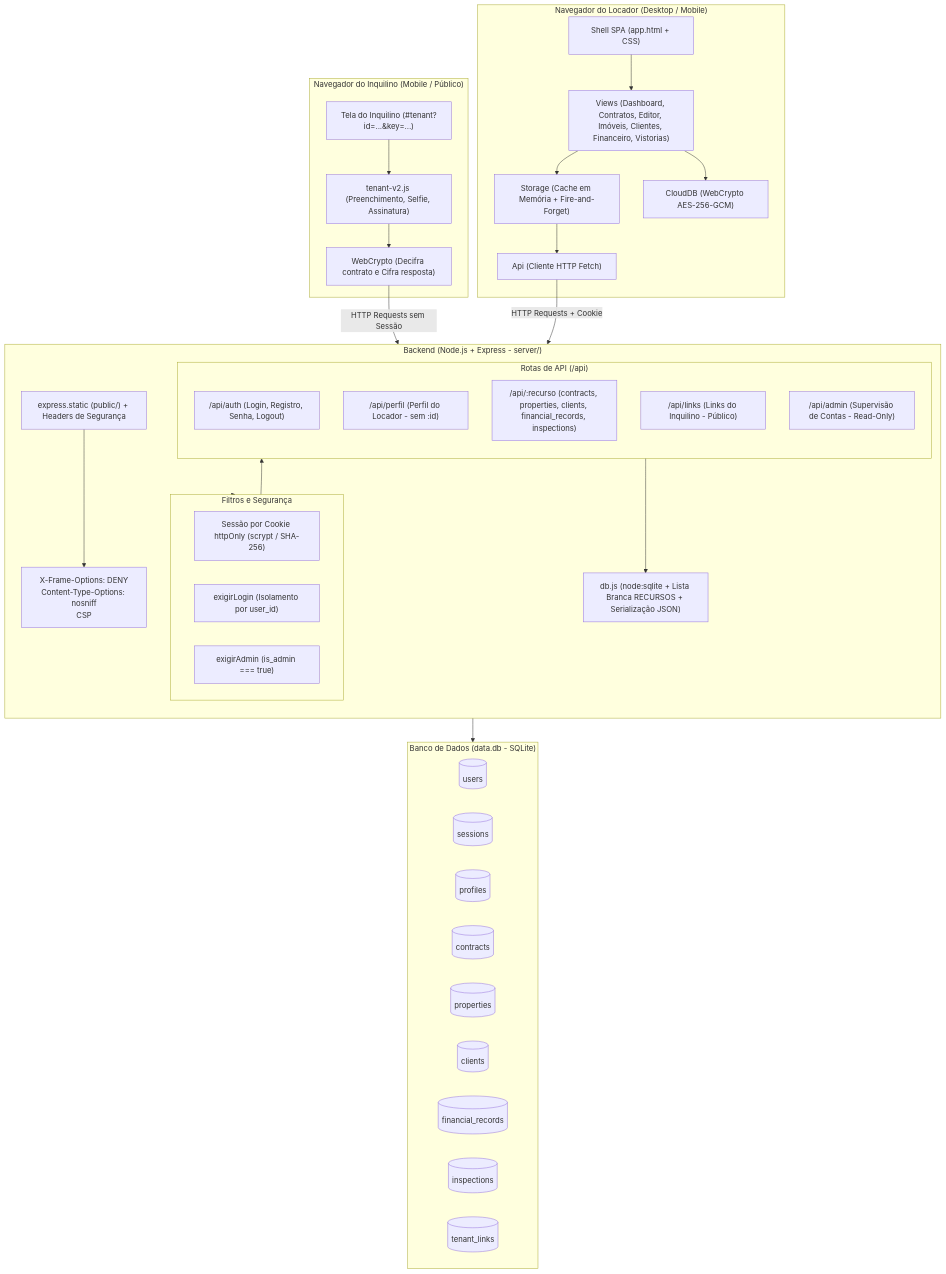
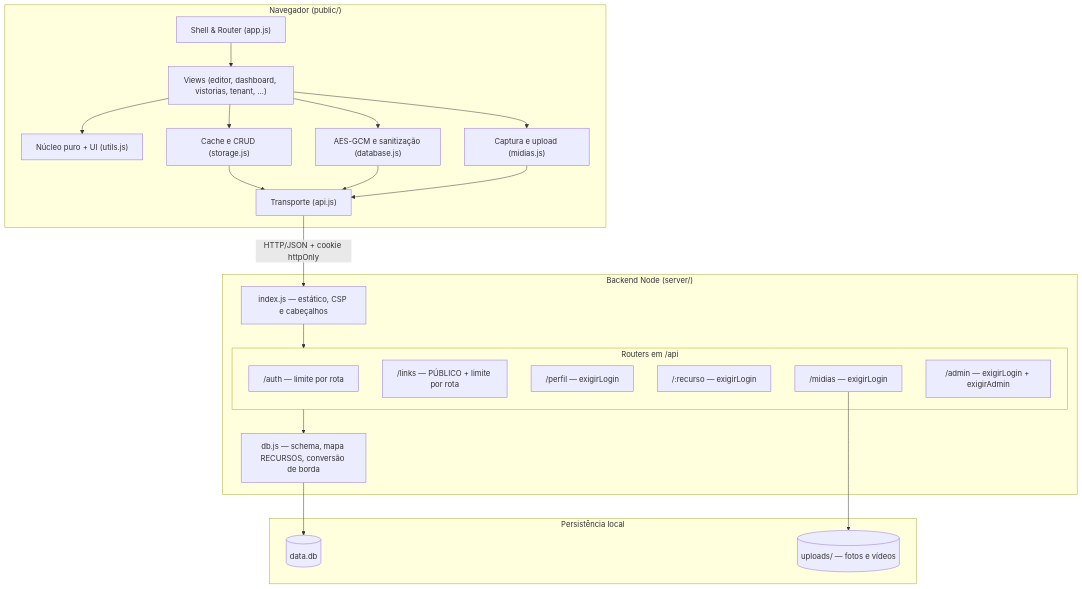
Before and after one commit to allaneguin/Area-51: the first of 7 diagrams in arquitetura_sistema.md, drawn with Mermaid. The commit also changed other lines of this file and 1 other file, not shown here.

First line of the commit message:
docs: diagramas com os nomes reais das colunas, e datas do changelog corrigidas

````diff
--- a/arquitetura_sistema.md
+++ b/arquitetura_sistema.md
@@ -9,69 +25,47 @@
 ```mermaid
-graph TB
-    subgraph CLIENTE_LOCADOR["Navegador do Locador (Desktop / Mobile)"]
-        UI_L["Shell SPA (app.html + CSS)"]
-        VIEWS_L["Views (Dashboard, Contratos, Editor, Imóveis, Clientes, Financeiro, Vistorias)"]
-        STORAGE_L["Storage (Cache em Memória + Fire-and-Forget)"]
-        API_L["Api (Cliente HTTP Fetch)"]
-        CRYPTO_L["CloudDB (WebCrypto AES-256-GCM)"]
+flowchart TD
+    subgraph Browser ["Navegador (public/)"]
+        App["Shell & Router (app.js)"]
+        Views["Views (editor, dashboard, vistorias, tenant, …)"]
+        Utils["Núcleo puro + UI (utils.js)"]
+        Storage["Cache e CRUD (storage.js)"]
+        CloudDB["AES-GCM e sanitização (database.js)"]
+        Midias["Captura e upload (midias.js)"]
+        ApiFront["Transporte (api.js)"]
+
+        App --> Views
+        Views --> Utils
+        Views --> Storage
+        Views --> CloudDB
+        Views --> Midias
+        Storage --> ApiFront
+        CloudDB --> ApiFront
+        Midias --> ApiFront
     end
 
-    subgraph CLIENTE_INQUILINO["Navegador do Inquilino (Mobile / Público)"]
-        UI_T["Tela do Inquilino (#tenant?id=...&key=...)"]
-        TENANT_JS["tenant-v2.js (Preenchimento, Selfie, Assinatura)"]
-        CRYPTO_T["WebCrypto (Decifra contrato e Cifra resposta)"]
+    subgraph Server ["Backend Node (server/)"]
+        Express["index.js — estático, CSP e cabeçalhos"]
+
+        subgraph Rotas ["Routers em /api"]
+            AuthRoutes["/auth — limite por rota"]
+            LinksRoutes["/links — PÚBLICO + limite por rota"]
+            PerfilRoutes["/perfil — exigirLogin"]
+            RecursosRoutes["/:recurso — exigirLogin"]
+            MidiasRoutes["/midias — exigirLogin"]
+            AdminRoutes["/admin — exigirLogin + exigirAdmin"]
+        end
+
+        DBModule["db.js — schema, mapa RECURSOS, conversão de borda"]
     end
 
-    subgraph SERVIDOR["Backend (Node.js + Express - server/)"]
-        direction TB
-        STATIC["express.static (public/) + Headers de Segurança"]
-        SEC_HEADERS["X-Frame-Options: DENY\nContent-Type-Options: nosniff\nCSP"]
-        
-        subgraph MIDDLEWARES["Filtros e Segurança"]
-            COOKIE_AUTH["Sessão por Cookie httpOnly (scrypt / SHA-256)"]
-            EXIGIR_LOGIN["exigirLogin (Isolamento por user_id)"]
-            EXIGIR_ADMIN["exigirAdmin (is_admin === true)"]
-        end
-
-        subgraph ROTAS["Rotas de API (/api)"]
-            R_AUTH["/api/auth (Login, Registro, Senha, Logout)"]
-            R_PERFIL["/api/perfil (Perfil do Locador - sem :id)"]
-            R_RECURSOS["/api/:recurso (contracts, properties, clients, financial_records, inspections)"]
-            R_LINKS["/api/links (Links do Inquilino - Público)"]
-            R_ADMIN["/api/admin (Supervisão de Contas - Read-Only)"]
-        end
-
-        DB_LAYER["db.js (node:sqlite + Lista Branca RECURSOS + Serialização JSON)"]
+    subgraph Disco ["Persistência local"]
+        SqliteDB[("data.db")]
+        UploadsDir[("uploads/ — fotos e vídeos")]
     end
 
-    subgraph BANCO_DADOS["Banco de Dados (data.db - SQLite)"]
-        T_USERS[("users")]
-        T_SESSIONS[("sessions")]
-        T_PROFILES[("profiles")]
-        T_CONTRACTS[("contracts")]
-        T_PROPERTIES[("properties")]
-        T_CLIENTS[("clients")]
-        T_FINANCIAL[("financial_records")]
-        T_INSPECTIONS[("inspections")]
-        T_LINKS[("tenant_links")]
-    end
-
-    %% Relações Locador
-    UI_L --> VIEWS_L
-    VIEWS_L --> STORAGE_L
-    VIEWS_L --> CRYPTO_L
-    STORAGE_L --> API_L
-    API_L -->|HTTP Requests + Cookie| SERVIDOR
-
-    %% Relações Inquilino
-    UI_T --> TENANT_JS
-    TENANT_JS --> CRYPTO_T
-    CRYPTO_T -->|HTTP Requests sem Sessão| R_LINKS
-
-    %% Backend interno
-    STATIC --> SEC_HEADERS
-    SERVIDOR --> MIDDLEWARES
-    MIDDLEWARES --> ROTAS
-    ROTAS --> DB_LAYER
-    DB_LAYER --> BANCO_DADOS
+    ApiFront -- "HTTP/JSON + cookie httpOnly" --> Express
+    Express --> Rotas
+    Rotas --> DBModule
+    DBModule --> SqliteDB
+    MidiasRoutes --> UploadsDir
 ```
````
